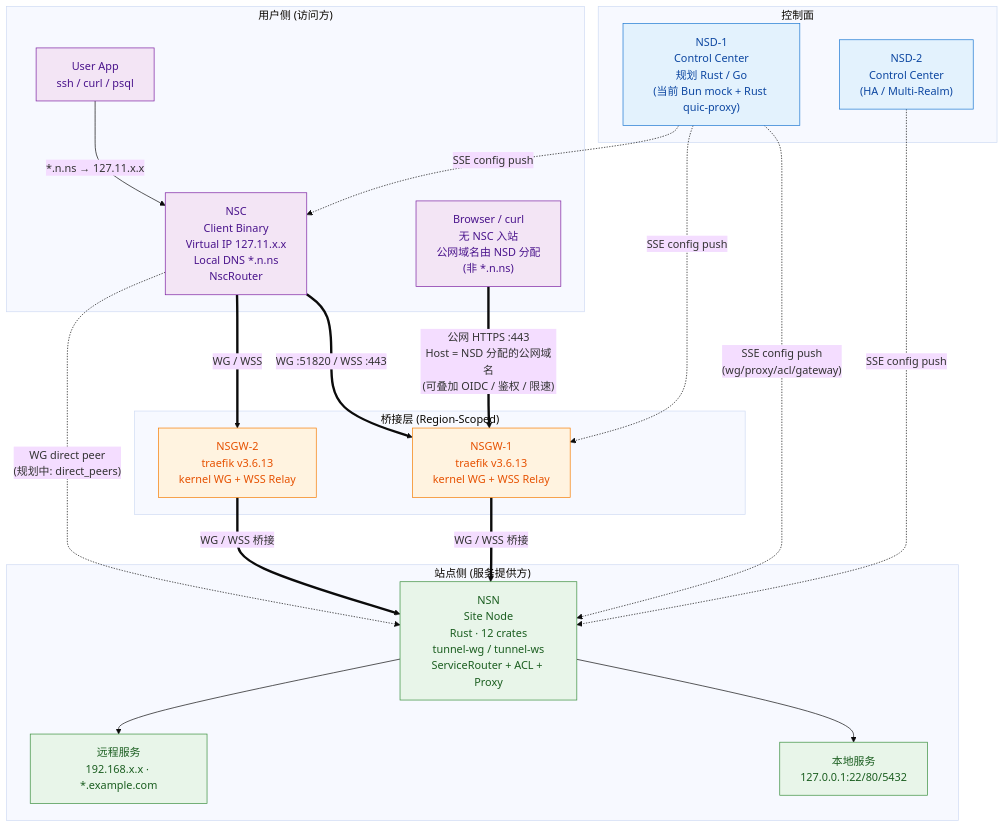
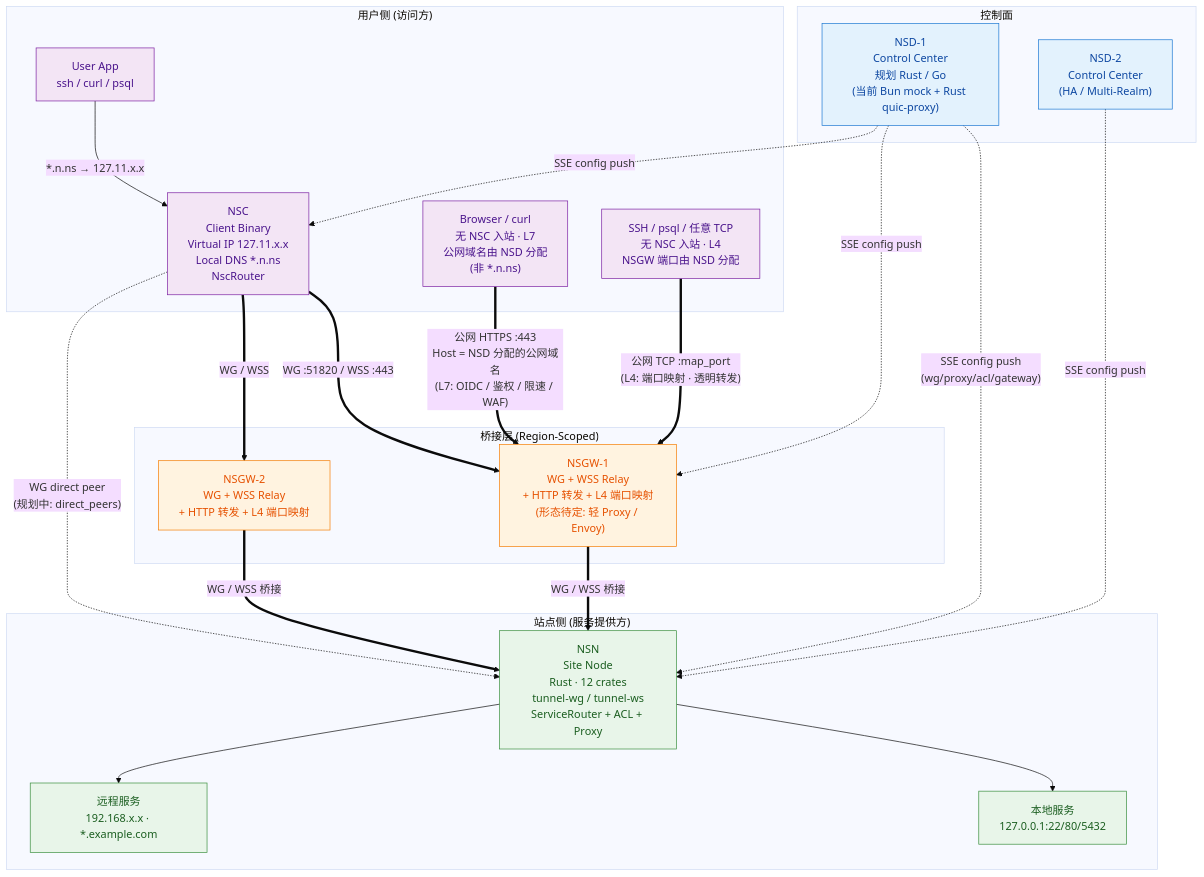
One commit to nsiod/docs changed the diagram in docs/01-overview/diagrams/ecosystem.mmd. Above: the diagram before and after it, drawn with Mermaid (base theme). The commit also changed 3 other files, not shown here.

First line of the commit message:
docs(nsgw): reconsider traefik, add L4 port-mapping ingress path

```diff
--- a/docs/01-overview/diagrams/ecosystem.mmd
+++ b/docs/01-overview/diagrams/ecosystem.mmd
@@ -1,56 +1,61 @@
 %% NSIO 生态四组件关系图
 %% 用途: 说明 NSD/NSGW/NSN/NSC 四个组件的职责边界与连接关系
 graph TB
     subgraph Control["控制面"]
         NSD1["NSD-1<br/>Control Center<br/>规划 Rust / Go<br/>(当前 Bun mock + Rust quic-proxy)"]
         NSD2["NSD-2<br/>Control Center<br/>(HA / Multi-Realm)"]
     end
 
     subgraph Bridge["桥接层 (Region-Scoped)"]
-        GW1["NSGW-1<br/>traefik v3.6.13<br/>kernel WG + WSS Relay"]
-        GW2["NSGW-2<br/>traefik v3.6.13<br/>kernel WG + WSS Relay"]
+        GW1["NSGW-1<br/>WG + WSS Relay<br/>+ HTTP 转发 + L4 端口映射<br/>(形态待定: 轻 Proxy / Envoy)"]
+        GW2["NSGW-2<br/>WG + WSS Relay<br/>+ HTTP 转发 + L4 端口映射"]
     end
 
     subgraph Site["站点侧 (服务提供方)"]
         NSN["NSN<br/>Site Node<br/>Rust · 12 crates<br/>tunnel-wg / tunnel-ws<br/>ServiceRouter + ACL + Proxy"]
         LOCAL["本地服务<br/>127.0.0.1:22/80/5432"]
         REMOTE["远程服务<br/>192.168.x.x · *.example.com"]
     end
 
     subgraph User["用户侧 (访问方)"]
         NSC["NSC<br/>Client Binary<br/>Virtual IP 127.11.x.x<br/>Local DNS *.n.ns<br/>NscRouter"]
         APP["User App<br/>ssh / curl / psql"]
-        BROWSER["Browser / curl<br/>无 NSC 入站<br/>公网域名由 NSD 分配<br/>(非 *.n.ns)"]
+        BROWSER["Browser / curl<br/>无 NSC 入站 · L7<br/>公网域名由 NSD 分配<br/>(非 *.n.ns)"]
+        SSHCLI["SSH / psql / 任意 TCP<br/>无 NSC 入站 · L4<br/>NSGW 端口由 NSD 分配"]
     end
 
     NSD1 -. "SSE config push<br/>(wg/proxy/acl/gateway)" .-> NSN
     NSD2 -. "SSE config push" .-> NSN
     NSD1 -. "SSE config push" .-> GW1
     NSD1 -. "SSE config push" .-> NSC
 
     APP -->|"*.n.ns → 127.11.x.x"| NSC
     NSC ==>|"WG :51820 / WSS :443"| GW1
     NSC ==>|"WG / WSS"| GW2
     GW1 ==>|"WG / WSS 桥接"| NSN
     GW2 ==>|"WG / WSS 桥接"| NSN
 
     %% 直连路径: WG PeerConfig 机制层面支持任意 endpoint,
     %% 双方可达时 NSC 与 NSN 可直接对等; 控制面下发 direct_peers 为规划中能力
     NSC -. "WG direct peer<br/>(规划中: direct_peers)" .-> NSN
 
-    %% 无 NSC 入站: 浏览器/curl 直接打 NSGW :443,
+    %% 无 NSC 入站 L7: 浏览器/curl 直接打 NSGW :443,
     %% 公网域名由 NSD 单独签发(非 *.n.ns — 后者 NSC 专属);
-    %% traefik 按 Host/SNI 路由到目标 NSN, 并可在此层叠加 OIDC / 鉴权 / 限速等中间件
-    BROWSER ==>|"公网 HTTPS :443<br/>Host = NSD 分配的公网域名<br/>(可叠加 OIDC / 鉴权 / 限速)"| GW1
+    %% NSGW 按 Host/SNI 路由到目标 NSN, 并可在此层叠加 OIDC / 鉴权 / 限速 / WAF 等 L7 中间件
+    BROWSER ==>|"公网 HTTPS :443<br/>Host = NSD 分配的公网域名<br/>(L7: OIDC / 鉴权 / 限速 / WAF)"| GW1
+
+    %% 无 NSC 入站 L4: SSH / psql 直连 NSGW 端口, NSGW 透明转发 (不解 TLS)
+    %% 端口由 NSD 在 gateway_l4_map 事件中分配与下发
+    SSHCLI ==>|"公网 TCP :map_port<br/>(L4: 端口映射 · 透明转发)"| GW1
 
     NSN --> LOCAL
     NSN --> REMOTE
 
     classDef ctrl fill:#e3f2fd,stroke:#1976d2,color:#0d47a1
     classDef gw fill:#fff3e0,stroke:#f57c00,color:#e65100
     classDef site fill:#e8f5e9,stroke:#388e3c,color:#1b5e20
     classDef user fill:#f3e5f5,stroke:#7b1fa2,color:#4a148c
     class NSD1,NSD2 ctrl
     class GW1,GW2 gw
     class NSN,LOCAL,REMOTE site
-    class NSC,APP,BROWSER user
+    class NSC,APP,BROWSER,SSHCLI user
```
